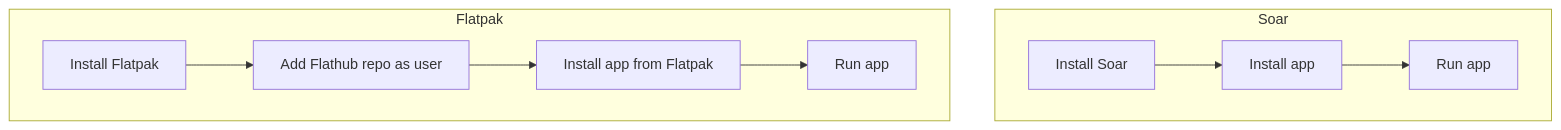
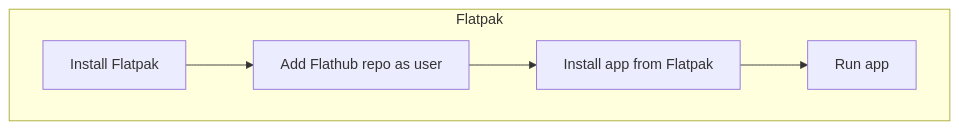
Before and after one commit to neotechclub/w3-foss-slides: the second of 2 diagrams in README.md, drawn with Mermaid. The commit also changed other lines of this file, not shown here.

````diff
--- a/README.md
+++ b/README.md
@@ -109,11 +131,8 @@
 ```mermaid
 graph TD
-    subgraph Soar
-        A1[Install Soar] --> B1[Install app] --> C1[Run app]
-    end
-    subgraph Flatpak
-        A2[Install Flatpak] --> B2[Add Flathub repo as user]
-        B2 --> C2[Install app from Flatpak]
-        C2 --> D2[Run app]
-    end
+subgraph Flatpak
+    A2[Install Flatpak] --> B2[Add Flathub repo as user]
+    B2 --> C2[Install app from Flatpak]
+    C2 --> D2[Run app]
+end
 ```
````
